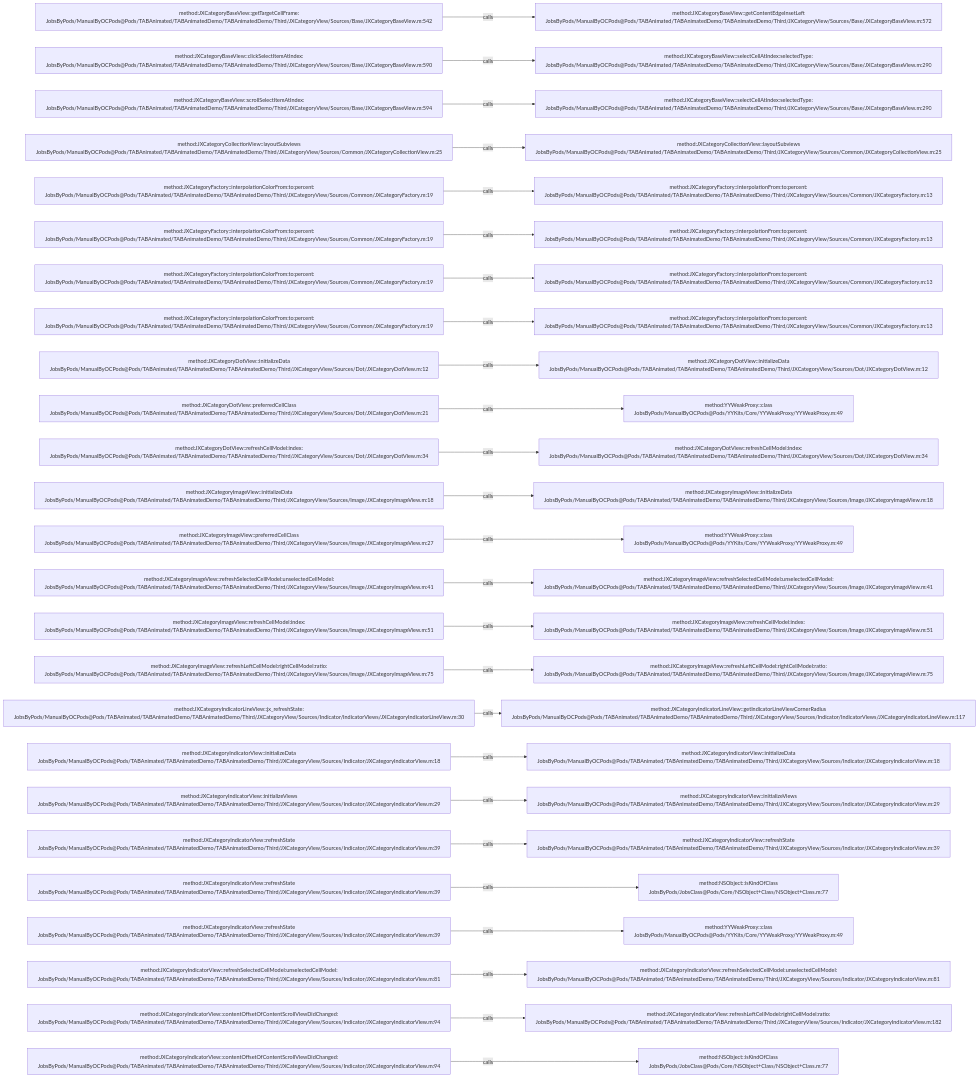
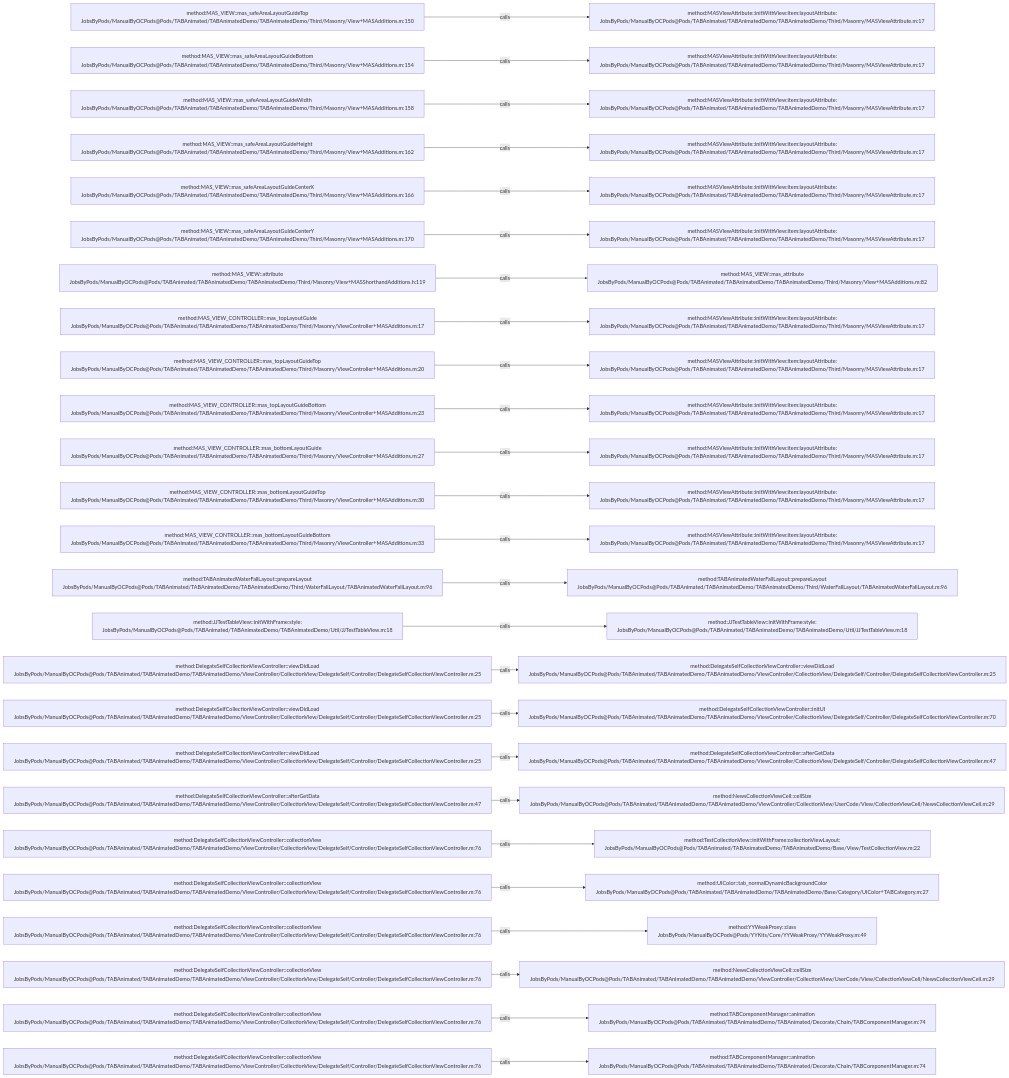
One commit to JobsKits/JobsOCBaseConfigDemo changed the diagram in .codegraph/codegraph.md/graphs/calls-034.md. Above: the diagram before and after it, drawn with Mermaid. The commit also changed 2723 other files, not shown here.

````diff
--- a/.codegraph/codegraph.md/graphs/calls-034.md
+++ b/.codegraph/codegraph.md/graphs/calls-034.md
@@ -13,78 +13,78 @@
 ```mermaid
 flowchart LR
-  S1["method:JXCategoryBaseView::getTargetCellFrame:<br/>JobsByPods/ManualByOCPods@Pods/TABAnimated/TABAnimatedDemo/TABAnimatedDemo/Third/JXCategoryView/Sources/Base/JXCategoryBaseView.m:542"]
-  T1["method:JXCategoryBaseView::getContentEdgeInsetLeft<br/>JobsByPods/ManualByOCPods@Pods/TABAnimated/TABAnimatedDemo/TABAnimatedDemo/Third/JXCategoryView/Sources/Base/JXCategoryBaseView.m:572"]
+  S1["method:MAS_VIEW::mas_safeAreaLayoutGuideTop<br/>JobsByPods/ManualByOCPods@Pods/TABAnimated/TABAnimatedDemo/TABAnimatedDemo/Third/Masonry/View+MASAdditions.m:150"]
+  T1["method:MASViewAttribute::initWithView:item:layoutAttribute:<br/>JobsByPods/ManualByOCPods@Pods/TABAnimated/TABAnimatedDemo/TABAnimatedDemo/Third/Masonry/MASViewAttribute.m:17"]
   S1 -->|calls| T1
-  S2["method:JXCategoryBaseView::clickSelectItemAtIndex:<br/>JobsByPods/ManualByOCPods@Pods/TABAnimated/TABAnimatedDemo/TABAnimatedDemo/Third/JXCategoryView/Sources/Base/JXCategoryBaseView.m:590"]
-  T2["method:JXCategoryBaseView::selectCellAtIndex:selectedType:<br/>JobsByPods/ManualByOCPods@Pods/TABAnimated/TABAnimatedDemo/TABAnimatedDemo/Third/JXCategoryView/Sources/Base/JXCategoryBaseView.m:290"]
+  S2["method:MAS_VIEW::mas_safeAreaLayoutGuideBottom<br/>JobsByPods/ManualByOCPods@Pods/TABAnimated/TABAnimatedDemo/TABAnimatedDemo/Third/Masonry/View+MASAdditions.m:154"]
+  T2["method:MASViewAttribute::initWithView:item:layoutAttribute:<br/>JobsByPods/ManualByOCPods@Pods/TABAnimated/TABAnimatedDemo/TABAnimatedDemo/Third/Masonry/MASViewAttribute.m:17"]
   S2 -->|calls| T2
-  S3["method:JXCategoryBaseView::scrollSelectItemAtIndex:<br/>JobsByPods/ManualByOCPods@Pods/TABAnimated/TABAnimatedDemo/TABAnimatedDemo/Third/JXCategoryView/Sources/Base/JXCategoryBaseView.m:594"]
-  T3["method:JXCategoryBaseView::selectCellAtIndex:selectedType:<br/>JobsByPods/ManualByOCPods@Pods/TABAnimated/TABAnimatedDemo/TABAnimatedDemo/Third/JXCategoryView/Sources/Base/JXCategoryBaseView.m:290"]
+  S3["method:MAS_VIEW::mas_safeAreaLayoutGuideWidth<br/>JobsByPods/ManualByOCPods@Pods/TABAnimated/TABAnimatedDemo/TABAnimatedDemo/Third/Masonry/View+MASAdditions.m:158"]
+  T3["method:MASViewAttribute::initWithView:item:layoutAttribute:<br/>JobsByPods/ManualByOCPods@Pods/TABAnimated/TABAnimatedDemo/TABAnimatedDemo/Third/Masonry/MASViewAttribute.m:17"]
   S3 -->|calls| T3
-  S4["method:JXCategoryCollectionView::layoutSubviews<br/>JobsByPods/ManualByOCPods@Pods/TABAnimated/TABAnimatedDemo/TABAnimatedDemo/Third/JXCategoryView/Sources/Common/JXCategoryCollectionView.m:25"]
-  T4["method:JXCategoryCollectionView::layoutSubviews<br/>JobsByPods/ManualByOCPods@Pods/TABAnimated/TABAnimatedDemo/TABAnimatedDemo/Third/JXCategoryView/Sources/Common/JXCategoryCollectionView.m:25"]
+  S4["method:MAS_VIEW::mas_safeAreaLayoutGuideHeight<br/>JobsByPods/ManualByOCPods@Pods/TABAnimated/TABAnimatedDemo/TABAnimatedDemo/Third/Masonry/View+MASAdditions.m:162"]
+  T4["method:MASViewAttribute::initWithView:item:layoutAttribute:<br/>JobsByPods/ManualByOCPods@Pods/TABAnimated/TABAnimatedDemo/TABAnimatedDemo/Third/Masonry/MASViewAttribute.m:17"]
   S4 -->|calls| T4
-  S5["method:JXCategoryFactory::interpolationColorFrom:to:percent:<br/>JobsByPods/ManualByOCPods@Pods/TABAnimated/TABAnimatedDemo/TABAnimatedDemo/Third/JXCategoryView/Sources/Common/JXCategoryFactory.m:19"]
-  T5["method:JXCategoryFactory::interpolationFrom:to:percent:<br/>JobsByPods/ManualByOCPods@Pods/TABAnimated/TABAnimatedDemo/TABAnimatedDemo/Third/JXCategoryView/Sources/Common/JXCategoryFactory.m:13"]
+  S5["method:MAS_VIEW::mas_safeAreaLayoutGuideCenterX<br/>JobsByPods/ManualByOCPods@Pods/TABAnimated/TABAnimatedDemo/TABAnimatedDemo/Third/Masonry/View+MASAdditions.m:166"]
+  T5["method:MASViewAttribute::initWithView:item:layoutAttribute:<br/>JobsByPods/ManualByOCPods@Pods/TABAnimated/TABAnimatedDemo/TABAnimatedDemo/Third/Masonry/MASViewAttribute.m:17"]
   S5 -->|calls| T5
-  S6["method:JXCategoryFactory::interpolationColorFrom:to:percent:<br/>JobsByPods/ManualByOCPods@Pods/TABAnimated/TABAnimatedDemo/TABAnimatedDemo/Third/JXCategoryView/Sources/Common/JXCategoryFactory.m:19"]
-  T6["method:JXCategoryFactory::interpolationFrom:to:percent:<br/>JobsByPods/ManualByOCPods@Pods/TABAnimated/TABAnimatedDemo/TABAnimatedDemo/Third/JXCategoryView/Sources/Common/JXCategoryFactory.m:13"]
+  S6["method:MAS_VIEW::mas_safeAreaLayoutGuideCenterY<br/>JobsByPods/ManualByOCPods@Pods/TABAnimated/TABAnimatedDemo/TABAnimatedDemo/Third/Masonry/View+MASAdditions.m:170"]
+  T6["method:MASViewAttribute::initWithView:item:layoutAttribute:<br/>JobsByPods/ManualByOCPods@Pods/TABAnimated/TABAnimatedDemo/TABAnimatedDemo/Third/Masonry/MASViewAttribute.m:17"]
   S6 -->|calls| T6
-  S7["method:JXCategoryFactory::interpolationColorFrom:to:percent:<br/>JobsByPods/ManualByOCPods@Pods/TABAnimated/TABAnimatedDemo/TABAnimatedDemo/Third/JXCategoryView/Sources/Common/JXCategoryFactory.m:19"]
-  T7["method:JXCategoryFactory::interpolationFrom:to:percent:<br/>JobsByPods/ManualByOCPods@Pods/TABAnimated/TABAnimatedDemo/TABAnimatedDemo/Third/JXCategoryView/Sources/Common/JXCategoryFactory.m:13"]
+  S7["method:MAS_VIEW::attribute<br/>JobsByPods/ManualByOCPods@Pods/TABAnimated/TABAnimatedDemo/TABAnimatedDemo/Third/Masonry/View+MASShorthandAdditions.h:119"]
+  T7["method:MAS_VIEW::mas_attribute<br/>JobsByPods/ManualByOCPods@Pods/TABAnimated/TABAnimatedDemo/TABAnimatedDemo/Third/Masonry/View+MASAdditions.m:82"]
   S7 -->|calls| T7
-  S8["method:JXCategoryFactory::interpolationColorFrom:to:percent:<br/>JobsByPods/ManualByOCPods@Pods/TABAnimated/TABAnimatedDemo/TABAnimatedDemo/Third/JXCategoryView/Sources/Common/JXCategoryFactory.m:19"]
-  T8["method:JXCategoryFactory::interpolationFrom:to:percent:<br/>JobsByPods/ManualByOCPods@Pods/TABAnimated/TABAnimatedDemo/TABAnimatedDemo/Third/JXCategoryView/Sources/Common/JXCategoryFactory.m:13"]
+  S8["method:MAS_VIEW_CONTROLLER::mas_topLayoutGuide<br/>JobsByPods/ManualByOCPods@Pods/TABAnimated/TABAnimatedDemo/TABAnimatedDemo/Third/Masonry/ViewController+MASAdditions.m:17"]
+  T8["method:MASViewAttribute::initWithView:item:layoutAttribute:<br/>JobsByPods/ManualByOCPods@Pods/TABAnimated/TABAnimatedDemo/TABAnimatedDemo/Third/Masonry/MASViewAttribute.m:17"]
   S8 -->|calls| T8
-  S9["method:JXCategoryDotView::initializeData<br/>JobsByPods/ManualByOCPods@Pods/TABAnimated/TABAnimatedDemo/TABAnimatedDemo/Third/JXCategoryView/Sources/Dot/JXCategoryDotView.m:12"]
-  T9["method:JXCategoryDotView::initializeData<br/>JobsByPods/ManualByOCPods@Pods/TABAnimated/TABAnimatedDemo/TABAnimatedDemo/Third/JXCategoryView/Sources/Dot/JXCategoryDotView.m:12"]
+  S9["method:MAS_VIEW_CONTROLLER::mas_topLayoutGuideTop<br/>JobsByPods/ManualByOCPods@Pods/TABAnimated/TABAnimatedDemo/TABAnimatedDemo/Third/Masonry/ViewController+MASAdditions.m:20"]
+  T9["method:MASViewAttribute::initWithView:item:layoutAttribute:<br/>JobsByPods/ManualByOCPods@Pods/TABAnimated/TABAnimatedDemo/TABAnimatedDemo/Third/Masonry/MASViewAttribute.m:17"]
   S9 -->|calls| T9
-  S10["method:JXCategoryDotView::preferredCellClass<br/>JobsByPods/ManualByOCPods@Pods/TABAnimated/TABAnimatedDemo/TABAnimatedDemo/Third/JXCategoryView/Sources/Dot/JXCategoryDotView.m:21"]
-  T10["method:YYWeakProxy::class<br/>JobsByPods/ManualByOCPods@Pods/YYKits/Core/YYWeakProxy/YYWeakProxy.m:49"]
+  S10["method:MAS_VIEW_CONTROLLER::mas_topLayoutGuideBottom<br/>JobsByPods/ManualByOCPods@Pods/TABAnimated/TABAnimatedDemo/TABAnimatedDemo/Third/Masonry/ViewController+MASAdditions.m:23"]
+  T10["method:MASViewAttribute::initWithView:item:layoutAttribute:<br/>JobsByPods/ManualByOCPods@Pods/TABAnimated/TABAnimatedDemo/TABAnimatedDemo/Third/Masonry/MASViewAttribute.m:17"]
   S10 -->|calls| T10
-  S11["method:JXCategoryDotView::refreshCellModel:index:<br/>JobsByPods/ManualByOCPods@Pods/TABAnimated/TABAnimatedDemo/TABAnimatedDemo/Third/JXCategoryView/Sources/Dot/JXCategoryDotView.m:34"]
-  T11["method:JXCategoryDotView::refreshCellModel:index:<br/>JobsByPods/ManualByOCPods@Pods/TABAnimated/TABAnimatedDemo/TABAnimatedDemo/Third/JXCategoryView/Sources/Dot/JXCategoryDotView.m:34"]
+  S11["method:MAS_VIEW_CONTROLLER::mas_bottomLayoutGuide<br/>JobsByPods/ManualByOCPods@Pods/TABAnimated/TABAnimatedDemo/TABAnimatedDemo/Third/Masonry/ViewController+MASAdditions.m:27"]
+  T11["method:MASViewAttribute::initWithView:item:layoutAttribute:<br/>JobsByPods/ManualByOCPods@Pods/TABAnimated/TABAnimatedDemo/TABAnimatedDemo/Third/Masonry/MASViewAttribute.m:17"]
   S11 -->|calls| T11
-  S12["method:JXCategoryImageView::initializeData<br/>JobsByPods/ManualByOCPods@Pods/TABAnimated/TABAnimatedDemo/TABAnimatedDemo/Third/JXCategoryView/Sources/Image/JXCategoryImageView.m:18"]
-  T12["method:JXCategoryImageView::initializeData<br/>JobsByPods/ManualByOCPods@Pods/TABAnimated/TABAnimatedDemo/TABAnimatedDemo/Third/JXCategoryView/Sources/Image/JXCategoryImageView.m:18"]
+  S12["method:MAS_VIEW_CONTROLLER::mas_bottomLayoutGuideTop<br/>JobsByPods/ManualByOCPods@Pods/TABAnimated/TABAnimatedDemo/TABAnimatedDemo/Third/Masonry/ViewController+MASAdditions.m:30"]
+  T12["method:MASViewAttribute::initWithView:item:layoutAttribute:<br/>JobsByPods/ManualByOCPods@Pods/TABAnimated/TABAnimatedDemo/TABAnimatedDemo/Third/Masonry/MASViewAttribute.m:17"]
   S12 -->|calls| T12
-  S13["method:JXCategoryImageView::preferredCellClass<br/>JobsByPods/ManualByOCPods@Pods/TABAnimated/TABAnimatedDemo/TABAnimatedDemo/Third/JXCategoryView/Sources/Image/JXCategoryImageView.m:27"]
-  T13["method:YYWeakProxy::class<br/>JobsByPods/ManualByOCPods@Pods/YYKits/Core/YYWeakProxy/YYWeakProxy.m:49"]
+  S13["method:MAS_VIEW_CONTROLLER::mas_bottomLayoutGuideBottom<br/>JobsByPods/ManualByOCPods@Pods/TABAnimated/TABAnimatedDemo/TABAnimatedDemo/Third/Masonry/ViewController+MASAdditions.m:33"]
+  T13["method:MASViewAttribute::initWithView:item:layoutAttribute:<br/>JobsByPods/ManualByOCPods@Pods/TABAnimated/TABAnimatedDemo/TABAnimatedDemo/Third/Masonry/MASViewAttribute.m:17"]
   S13 -->|calls| T13
-  S14["method:JXCategoryImageView::refreshSelectedCellModel:unselectedCellModel:<br/>JobsByPods/ManualByOCPods@Pods/TABAnimated/TABAnimatedDemo/TABAnimatedDemo/Third/JXCategoryView/Sources/Image/JXCategoryImageView.m:41"]
-  T14["method:JXCategoryImageView::refreshSelectedCellModel:unselectedCellModel:<br/>JobsByPods/ManualByOCPods@Pods/TABAnimated/TABAnimatedDemo/TABAnimatedDemo/Third/JXCategoryView/Sources/Image/JXCategoryImageView.m:41"]
+  S14["method:TABAnimatedWaterFallLayout::prepareLayout<br/>JobsByPods/ManualByOCPods@Pods/TABAnimated/TABAnimatedDemo/TABAnimatedDemo/Third/WaterFallLayout/TABAnimatedWaterFallLayout.m:96"]
+  T14["method:TABAnimatedWaterFallLayout::prepareLayout<br/>JobsByPods/ManualByOCPods@Pods/TABAnimated/TABAnimatedDemo/TABAnimatedDemo/Third/WaterFallLayout/TABAnimatedWaterFallLayout.m:96"]
   S14 -->|calls| T14
-  S15["method:JXCategoryImageView::refreshCellModel:index:<br/>JobsByPods/ManualByOCPods@Pods/TABAnimated/TABAnimatedDemo/TABAnimatedDemo/Third/JXCategoryView/Sources/Image/JXCategoryImageView.m:51"]
-  T15["method:JXCategoryImageView::refreshCellModel:index:<br/>JobsByPods/ManualByOCPods@Pods/TABAnimated/TABAnimatedDemo/TABAnimatedDemo/Third/JXCategoryView/Sources/Image/JXCategoryImageView.m:51"]
+  S15["method:JJTestTableView::initWithFrame:style:<br/>JobsByPods/ManualByOCPods@Pods/TABAnimated/TABAnimatedDemo/TABAnimatedDemo/Util/JJTestTableView.m:18"]
+  T15["method:JJTestTableView::initWithFrame:style:<br/>JobsByPods/ManualByOCPods@Pods/TABAnimated/TABAnimatedDemo/TABAnimatedDemo/Util/JJTestTableView.m:18"]
   S15 -->|calls| T15
-  S16["method:JXCategoryImageView::refreshLeftCellModel:rightCellModel:ratio:<br/>JobsByPods/ManualByOCPods@Pods/TABAnimated/TABAnimatedDemo/TABAnimatedDemo/Third/JXCategoryView/Sources/Image/JXCategoryImageView.m:75"]
-  T16["method:JXCategoryImageView::refreshLeftCellModel:rightCellModel:ratio:<br/>JobsByPods/ManualByOCPods@Pods/TABAnimated/TABAnimatedDemo/TABAnimatedDemo/Third/JXCategoryView/Sources/Image/JXCategoryImageView.m:75"]
+  S16["method:DelegateSelfCollectionViewController::viewDidLoad<br/>JobsByPods/ManualByOCPods@Pods/TABAnimated/TABAnimatedDemo/TABAnimatedDemo/ViewController/CollectionView/DelegateSelf/Controller/DelegateSelfCollectionViewController.m:25"]
+  T16["method:DelegateSelfCollectionViewController::viewDidLoad<br/>JobsByPods/ManualByOCPods@Pods/TABAnimated/TABAnimatedDemo/TABAnimatedDemo/ViewController/CollectionView/DelegateSelf/Controller/DelegateSelfCollectionViewController.m:25"]
   S16 -->|calls| T16
-  S17["method:JXCategoryIndicatorLineView::jx_refreshState:<br/>JobsByPods/ManualByOCPods@Pods/TABAnimated/TABAnimatedDemo/TABAnimatedDemo/Third/JXCategoryView/Sources/Indicator/IndicatorViews/JXCategoryIndicatorLineView.m:30"]
-  T17["method:JXCategoryIndicatorLineView::getIndicatorLineViewCornerRadius<br/>JobsByPods/ManualByOCPods@Pods/TABAnimated/TABAnimatedDemo/TABAnimatedDemo/Third/JXCategoryView/Sources/Indicator/IndicatorViews/JXCategoryIndicatorLineView.m:117"]
+  S17["method:DelegateSelfCollectionViewController::viewDidLoad<br/>JobsByPods/ManualByOCPods@Pods/TABAnimated/TABAnimatedDemo/TABAnimatedDemo/ViewController/CollectionView/DelegateSelf/Controller/DelegateSelfCollectionViewController.m:25"]
+  T17["method:DelegateSelfCollectionViewController::initUI<br/>JobsByPods/ManualByOCPods@Pods/TABAnimated/TABAnimatedDemo/TABAnimatedDemo/ViewController/CollectionView/DelegateSelf/Controller/DelegateSelfCollectionViewController.m:70"]
   S17 -->|calls| T17
-  S18["method:JXCategoryIndicatorView::initializeData<br/>JobsByPods/ManualByOCPods@Pods/TABAnimated/TABAnimatedDemo/TABAnimatedDemo/Third/JXCategoryView/Sources/Indicator/JXCategoryIndicatorView.m:18"]
-  T18["method:JXCategoryIndicatorView::initializeData<br/>JobsByPods/ManualByOCPods@Pods/TABAnimated/TABAnimatedDemo/TABAnimatedDemo/Third/JXCategoryView/Sources/Indicator/JXCategoryIndicatorView.m:18"]
+  S18["method:DelegateSelfCollectionViewController::viewDidLoad<br/>JobsByPods/ManualByOCPods@Pods/TABAnimated/TABAnimatedDemo/TABAnimatedDemo/ViewController/CollectionView/DelegateSelf/Controller/DelegateSelfCollectionViewController.m:25"]
+  T18["method:DelegateSelfCollectionViewController::afterGetData<br/>JobsByPods/ManualByOCPods@Pods/TABAnimated/TABAnimatedDemo/TABAnimatedDemo/ViewController/CollectionView/DelegateSelf/Controller/DelegateSelfCollectionViewController.m:47"]
   S18 -->|calls| T18
-  S19["method:JXCategoryIndicatorView::initializeViews<br/>JobsByPods/ManualByOCPods@Pods/TABAnimated/TABAnimatedDemo/TABAnimatedDemo/Third/JXCategoryView/Sources/Indicator/JXCategoryIndicatorView.m:29"]
-  T19["method:JXCategoryIndicatorView::initializeViews<br/>JobsByPods/ManualByOCPods@Pods/TABAnimated/TABAnimatedDemo/TABAnimatedDemo/Third/JXCategoryView/Sources/Indicator/JXCategoryIndicatorView.m:29"]
+  S19["method:DelegateSelfCollectionViewController::afterGetData<br/>JobsByPods/ManualByOCPods@Pods/TABAnimated/TABAnimatedDemo/TABAnimatedDemo/ViewController/CollectionView/DelegateSelf/Controller/DelegateSelfCollectionViewController.m:47"]
+  T19["method:NewsCollectionViewCell::cellSize<br/>JobsByPods/ManualByOCPods@Pods/TABAnimated/TABAnimatedDemo/TABAnimatedDemo/ViewController/CollectionView/UserCode/View/CollectionViewCell/NewsCollectionViewCell.m:29"]
   S19 -->|calls| T19
-  S20["method:JXCategoryIndicatorView::refreshState<br/>JobsByPods/ManualByOCPods@Pods/TABAnimated/TABAnimatedDemo/TABAnimatedDemo/Third/JXCategoryView/Sources/Indicator/JXCategoryIndicatorView.m:39"]
-  T20["method:JXCategoryIndicatorView::refreshState<br/>JobsByPods/ManualByOCPods@Pods/TABAnimated/TABAnimatedDemo/TABAnimatedDemo/Third/JXCategoryView/Sources/Indicator/JXCategoryIndicatorView.m:39"]
+  S20["method:DelegateSelfCollectionViewController::collectionView<br/>JobsByPods/ManualByOCPods@Pods/TABAnimated/TABAnimatedDemo/TABAnimatedDemo/ViewController/CollectionView/DelegateSelf/Controller/DelegateSelfCollectionViewController.m:76"]
+  T20["method:TestCollectionView::initWithFrame:collectionViewLayout:<br/>JobsByPods/ManualByOCPods@Pods/TABAnimated/TABAnimatedDemo/TABAnimatedDemo/Base/View/TestCollectionView.m:22"]
   S20 -->|calls| T20
-  S21["method:JXCategoryIndicatorView::refreshState<br/>JobsByPods/ManualByOCPods@Pods/TABAnimated/TABAnimatedDemo/TABAnimatedDemo/Third/JXCategoryView/Sources/Indicator/JXCategoryIndicatorView.m:39"]
-  T21["method:NSObject::isKindOfClass<br/>JobsByPods/JobsClass@Pods/Core/NSObject+Class/NSObject+Class.m:77"]
+  S21["method:DelegateSelfCollectionViewController::collectionView<br/>JobsByPods/ManualByOCPods@Pods/TABAnimated/TABAnimatedDemo/TABAnimatedDemo/ViewController/CollectionView/DelegateSelf/Controller/DelegateSelfCollectionViewController.m:76"]
+  T21["method:UIColor::tab_normalDynamicBackgroundColor<br/>JobsByPods/ManualByOCPods@Pods/TABAnimated/TABAnimatedDemo/TABAnimatedDemo/Base/Category/UIColor+TABCategory.m:27"]
   S21 -->|calls| T21
-  S22["method:JXCategoryIndicatorView::refreshState<br/>JobsByPods/ManualByOCPods@Pods/TABAnimated/TABAnimatedDemo/TABAnimatedDemo/Third/JXCategoryView/Sources/Indicator/JXCategoryIndicatorView.m:39"]
+  S22["method:DelegateSelfCollectionViewController::collectionView<br/>JobsByPods/ManualByOCPods@Pods/TABAnimated/TABAnimatedDemo/TABAnimatedDemo/ViewController/CollectionView/DelegateSelf/Controller/DelegateSelfCollectionViewController.m:76"]
   T22["method:YYWeakProxy::class<br/>JobsByPods/ManualByOCPods@Pods/YYKits/Core/YYWeakProxy/YYWeakProxy.m:49"]
   S22 -->|calls| T22
-  S23["method:JXCategoryIndicatorView::refreshSelectedCellModel:unselectedCellModel:<br/>JobsByPods/ManualByOCPods@Pods/TABAnimated/TABAnimatedDemo/TABAnimatedDemo/Third/JXCategoryView/Sources/Indicator/JXCategoryIndicatorView.m:81"]
-  T23["method:JXCategoryIndicatorView::refreshSelectedCellModel:unselectedCellModel:<br/>JobsByPods/ManualByOCPods@Pods/TABAnimated/TABAnimatedDemo/TABAnimatedDemo/Third/JXCategoryView/Sources/Indicator/JXCategoryIndicatorView.m:81"]
+  S23["method:DelegateSelfCollectionViewController::collectionView<br/>JobsByPods/ManualByOCPods@Pods/TABAnimated/TABAnimatedDemo/TABAnimatedDemo/ViewController/CollectionView/DelegateSelf/Controller/DelegateSelfCollectionViewController.m:76"]
+  T23["method:NewsCollectionViewCell::cellSize<br/>JobsByPods/ManualByOCPods@Pods/TABAnimated/TABAnimatedDemo/TABAnimatedDemo/ViewController/CollectionView/UserCode/View/CollectionViewCell/NewsCollectionViewCell.m:29"]
   S23 -->|calls| T23
-  S24["method:JXCategoryIndicatorView::contentOffsetOfContentScrollViewDidChanged:<br/>JobsByPods/ManualByOCPods@Pods/TABAnimated/TABAnimatedDemo/TABAnimatedDemo/Third/JXCategoryView/Sources/Indicator/JXCategoryIndicatorView.m:94"]
-  T24["method:JXCategoryIndicatorView::refreshLeftCellModel:rightCellModel:ratio:<br/>JobsByPods/ManualByOCPods@Pods/TABAnimated/TABAnimatedDemo/TABAnimatedDemo/Third/JXCategoryView/Sources/Indicator/JXCategoryIndicatorView.m:182"]
+  S24["method:DelegateSelfCollectionViewController::collectionView<br/>JobsByPods/ManualByOCPods@Pods/TABAnimated/TABAnimatedDemo/TABAnimatedDemo/ViewController/CollectionView/DelegateSelf/Controller/DelegateSelfCollectionViewController.m:76"]
+  T24["method:TABComponentManager::animation<br/>JobsByPods/ManualByOCPods@Pods/TABAnimated/TABAnimatedDemo/TABAnimated/Decorate/Chain/TABComponentManager.m:74"]
   S24 -->|calls| T24
-  S25["method:JXCategoryIndicatorView::contentOffsetOfContentScrollViewDidChanged:<br/>JobsByPods/ManualByOCPods@Pods/TABAnimated/TABAnimatedDemo/TABAnimatedDemo/Third/JXCategoryView/Sources/Indicator/JXCategoryIndicatorView.m:94"]
-  T25["method:NSObject::isKindOfClass<br/>JobsByPods/JobsClass@Pods/Core/NSObject+Class/NSObject+Class.m:77"]
+  S25["method:DelegateSelfCollectionViewController::collectionView<br/>JobsByPods/ManualByOCPods@Pods/TABAnimated/TABAnimatedDemo/TABAnimatedDemo/ViewController/CollectionView/DelegateSelf/Controller/DelegateSelfCollectionViewController.m:76"]
+  T25["method:TABComponentManager::animation<br/>JobsByPods/ManualByOCPods@Pods/TABAnimated/TABAnimatedDemo/TABAnimated/Decorate/Chain/TABComponentManager.m:74"]
   S25 -->|calls| T25
 ```
````
